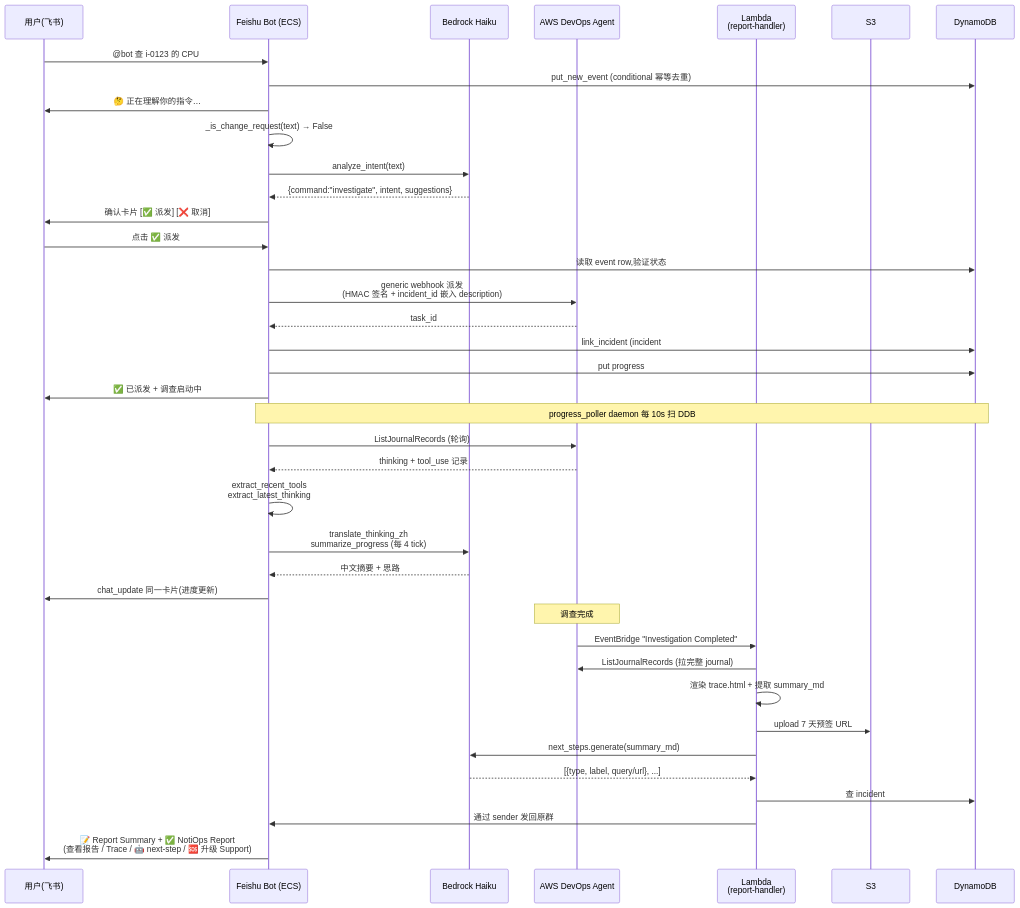
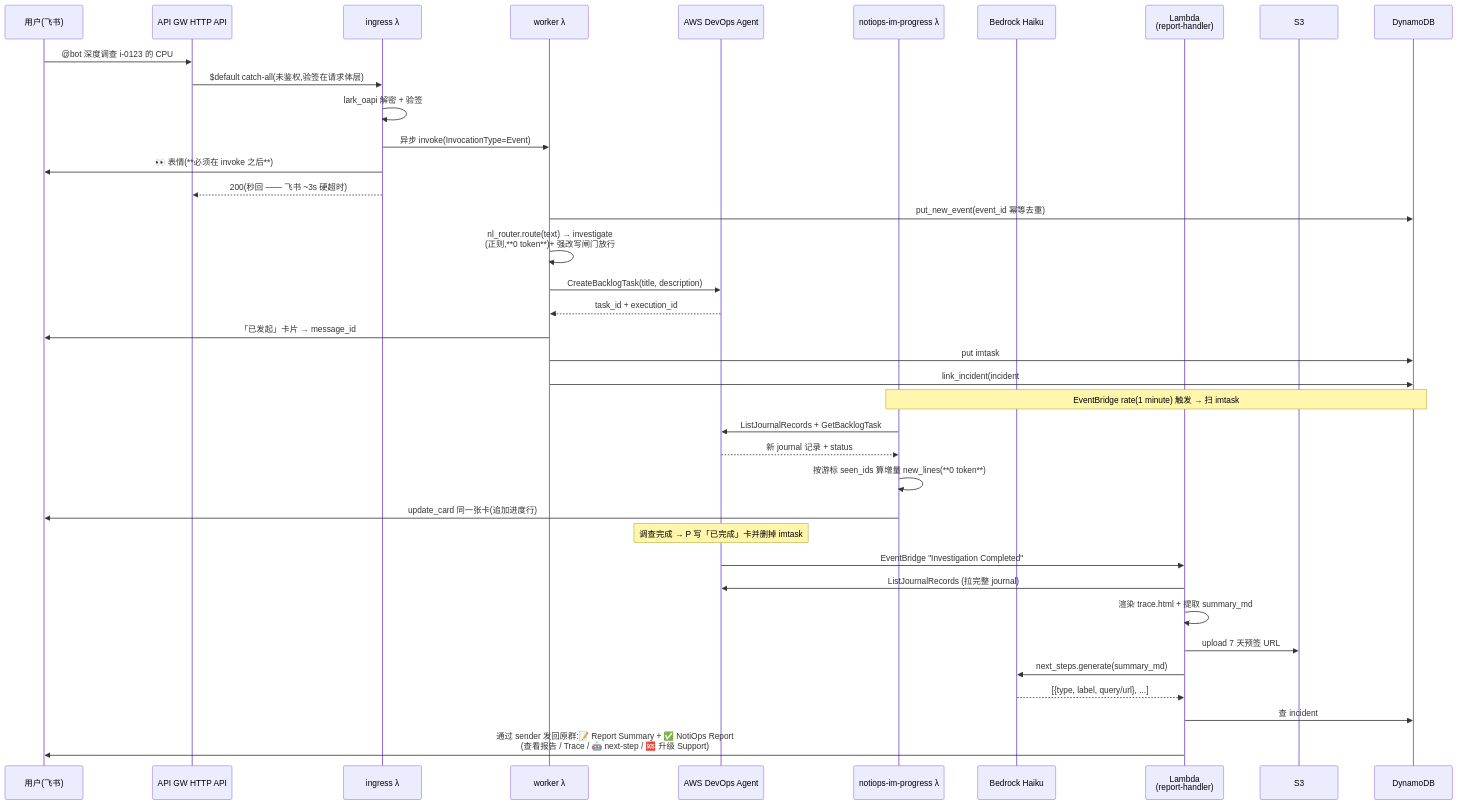
One commit to aws-samples/sample-notiops changed the diagram in docs/TECHNICAL_DESIGN.md. Above: the diagram before and after it, drawn with Mermaid. The commit also changed other lines of this file and 372 other files, not shown here.

First line of the commit message:
release: NotiOps v1.0.20

````diff
--- a/docs/TECHNICAL_DESIGN.md
+++ b/docs/TECHNICAL_DESIGN.md
@@ -285,47 +291,46 @@
 ```mermaid
 sequenceDiagram
     participant U as 用户(飞书)
-    participant Bot as Feishu Bot (ECS)
+    participant GW as API GW HTTP API
+    participant IN as ingress λ
+    participant W as worker λ
+    participant Agent as AWS DevOps Agent
+    participant P as notiops-im-progress λ
     participant H as Bedrock Haiku
-    participant Agent as AWS DevOps Agent
     participant L as Lambda<br/>(report-handler)
     participant S3 as S3
     participant DDB as DynamoDB
 
-    U->>Bot: @bot 查 i-0123 的 CPU
-    Bot->>DDB: put_new_event (conditional 幂等去重)
-    Bot->>U: 🤔 正在理解你的指令…
-    Bot->>Bot: _is_change_request(text) → False
-    Bot->>H: analyze_intent(text)
-    H-->>Bot: {command:"investigate", intent, suggestions}
-    Bot->>U: 确认卡片 [✅ 派发] [❌ 取消]
+    U->>GW: @bot 深度调查 i-0123 的 CPU
+    GW->>IN: $default catch-all(未鉴权,验签在请求体层)
+    IN->>IN: lark_oapi 解密 + 验签
+    IN->>W: 异步 invoke(InvocationType=Event)
+    IN->>U: 👀 表情(**必须在 invoke 之后**)
+    IN-->>GW: 200(秒回 —— 飞书 ~3s 硬超时)
 
-    U->>Bot: 点击 ✅ 派发
-    Bot->>DDB: 读取 event row,验证状态
-    Bot->>Agent: generic webhook 派发<br/>(HMAC 签名 + incident_id 嵌入 description)
-    Agent-->>Bot: task_id
-    Bot->>DDB: link_incident (incident#xxx → chat_id)
-    Bot->>DDB: put progress#xxx (启动轮询)
-    Bot->>U: ✅ 已派发 + 调查启动中
+    W->>DDB: put_new_event(event_id 幂等去重)
+    W->>W: nl_router.route(text) → investigate<br/>(正则,**0 token**)+ 强改写闸门放行
+    W->>Agent: CreateBacklogTask(title, description)
+    Agent-->>W: task_id + execution_id
+    W->>U: 「已发起」卡片 → message_id
+    W->>DDB: put imtask#(execution_id / task_id / message_id / seen_ids)
+    W->>DDB: link_incident(incident#xxx / task#xxx → chat_id)
 
-    Note over Bot,DDB: progress_poller daemon 每 10s 扫 DDB
+    Note over P,DDB: EventBridge rate(1 minute) 触发 → 扫 imtask#
 
-    Bot->>Agent: ListJournalRecords (轮询)
-    Agent-->>Bot: thinking + tool_use 记录
-    Bot->>Bot: extract_recent_tools<br/>extract_latest_thinking
-    Bot->>H: translate_thinking_zh<br/>summarize_progress (每 4 tick)
-    H-->>Bot: 中文摘要 + 思路
-    Bot->>U: chat_update 同一卡片(进度更新)
+    P->>Agent: ListJournalRecords + GetBacklogTask
+    Agent-->>P: 新 journal 记录 + status
+    P->>P: 按游标 seen_ids 算增量 new_lines(**0 token**)
+    P->>U: update_card 同一张卡(追加进度行)
 
-    Note over Agent: 调查完成
+    Note over Agent: 调查完成 → P 写「已完成」卡并删掉 imtask# 行
 
     Agent->>L: EventBridge "Investigation Completed"
     L->>Agent: ListJournalRecords (拉完整 journal)
     L->>L: 渲染 trace.html + 提取 summary_md
     L->>S3: upload 7 天预签 URL
     L->>H: next_steps.generate(summary_md)
     H-->>L: [{type, label, query/url}, ...]
     L->>DDB: 查 incident#xxx → 路由信息
-    L->>Bot: 通过 sender 发回原群
-    Bot->>U: 📝 Report Summary + ✅ NotiOps Report<br/>(查看报告 / Trace / 🤖 next-step / 🆘 升级 Support)
+    L->>U: 通过 sender 发回原群:📝 Report Summary + ✅ NotiOps Report<br/>(查看报告 / Trace / 🤖 next-step / 🆘 升级 Support)
 ```
````
